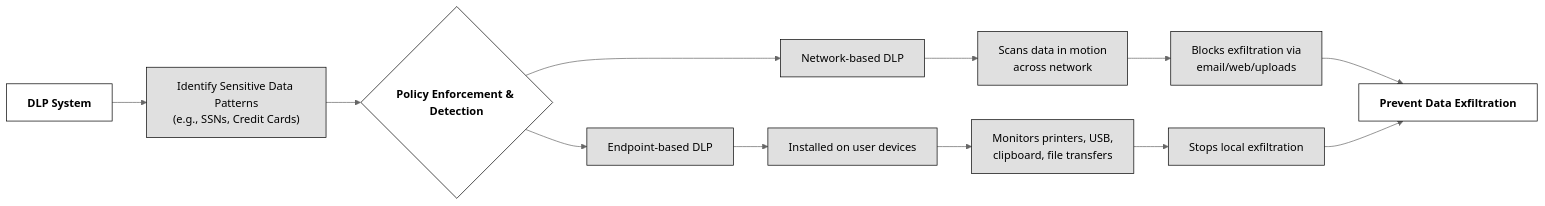
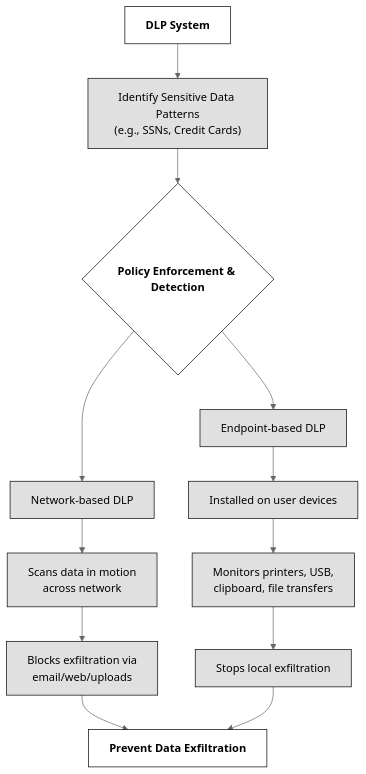
The diagram in DOMAIN2 - Asset Security/2.2 Establish information and asset handling requirements.md (lorenzoleonelli/CISSP-Zero-to-Hero), drawn with Mermaid (neutral theme) before and after one commit. The commit also changed other lines of this file and 6 other files, not shown here.

````diff
--- a/DOMAIN2 - Asset Security/2.2 Establish information and asset handling requirements.md
+++ b/DOMAIN2 - Asset Security/2.2 Establish information and asset handling requirements.md
@@ -6,24 +6,24 @@
 ```mermaid
-flowchart LR
-    A[DLP System] --> B["Identify Sensitive Data Patterns<br/>(e.g., SSNs, Credit Cards)"]
-    B --> C{Policy Enforcement & Detection}
+flowchart TD
+    A["DLP System"] --> B["Identify Sensitive Data Patterns<br/>(e.g., SSNs, Credit Cards)"]
+    B --> C{"Policy Enforcement & Detection"}
     
-    C --> D[Network-based DLP]
-    C --> E[Endpoint-based DLP]
+    C --> D["Network-based DLP"]
+    C --> E["Endpoint-based DLP"]
     
     D --> D1["Scans data in motion<br/>across network"]
     D1 --> D2["Blocks exfiltration via<br/>email/web/uploads"]
     
-    E --> E1[Installed on user devices]
+    E --> E1["Installed on user devices"]
     E1 --> E2["Monitors printers, USB,<br/>clipboard, file transfers"]
-    E2 --> E3[Stops local exfiltration]
+    E2 --> E3["Stops local exfiltration"]
 
-    D2 --> F[Prevent Data Exfiltration]
+    D2 --> F["Prevent Data Exfiltration"]
     E3 --> F
 
     classDef center fill:#ffffff,color:#000000,stroke:#000000,stroke-width:1px,font-weight:bold
     classDef node fill:#e0e0e0,color:#000000,stroke:#000000,stroke-width:1px
 
     class A,C,F center
     class B,D,E,D1,D2,E1,E2,E3 node
 ```
````
